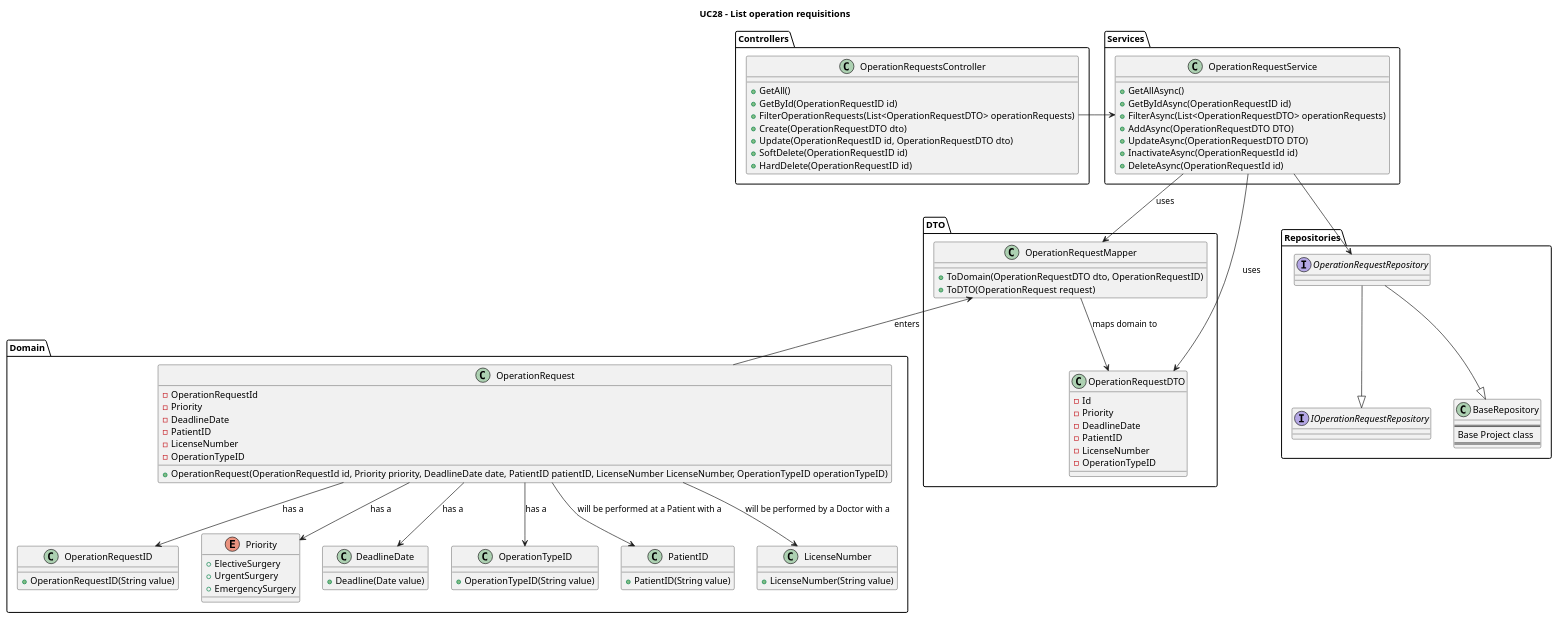
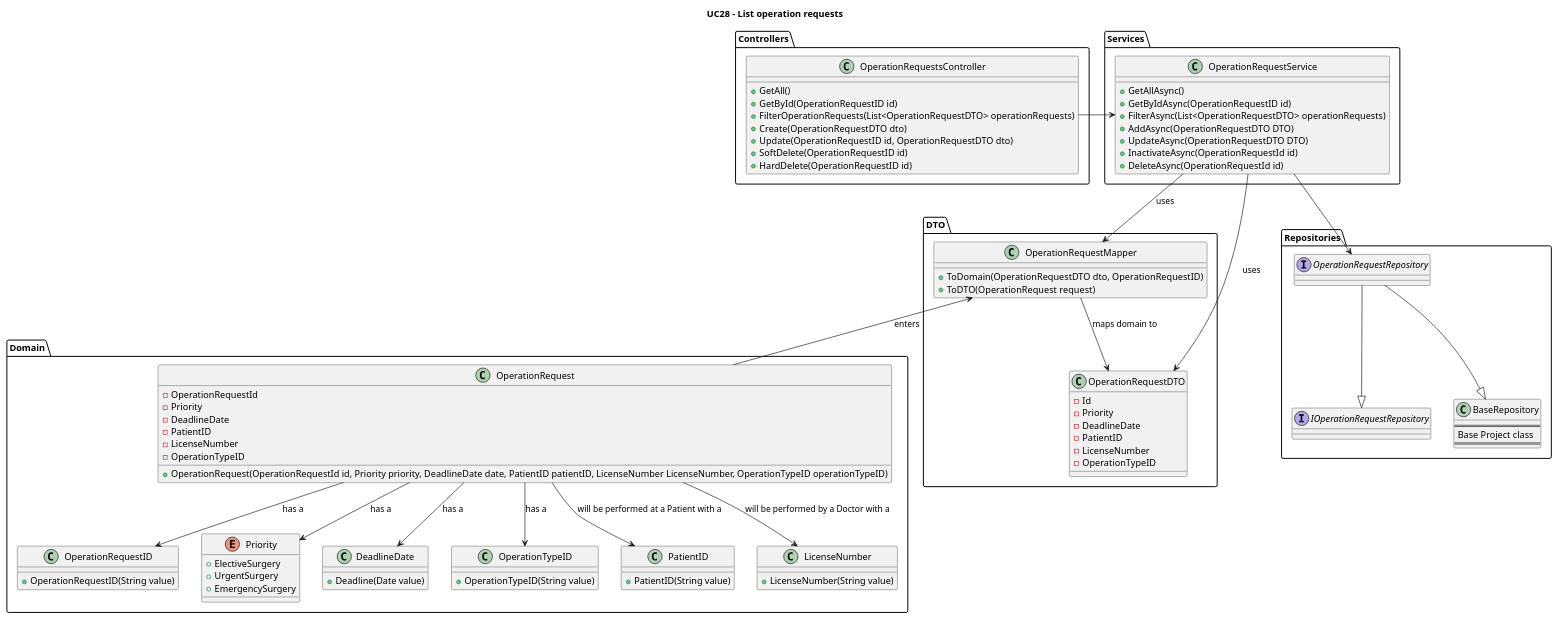
The diagram in Wiki/SprintA/diagrams/use-cases/28-list-operation-requisitions/class-diagram.puml (MiguelCardoso77/SurgicalSync-BackEnd), drawn with PlantUML before and after one commit. The commit also changed 8 other files, not shown here.

```diff
--- a/Wiki/SprintA/diagrams/use-cases/28-list-operation-requisitions/class-diagram.puml
+++ b/Wiki/SprintA/diagrams/use-cases/28-list-operation-requisitions/class-diagram.puml
@@ -1,123 +1,123 @@
 @startuml
 
-Title "UC28 - List operation requisitions"
+Title "UC28 - List operation requests"
 
 package "Domain"{
 
 class OperationRequest{
     - OperationRequestId
     - Priority
     - DeadlineDate
     - PatientID
     - LicenseNumber
     - OperationTypeID
     + OperationRequest(OperationRequestId id, Priority priority, DeadlineDate date, PatientID patientID, LicenseNumber LicenseNumber, OperationTypeID operationTypeID)
 }
 
 class OperationRequestID{
     + OperationRequestID(String value)
 }
 
 Enum Priority{
     + ElectiveSurgery
     + UrgentSurgery
     + EmergencySurgery
 }
 
 class DeadlineDate{
     + Deadline(Date value)
 }
 
 class OperationTypeID{
     + OperationTypeID(String value)
 }
 
 class PatientID{
     + PatientID(String value)
 }
 
 class LicenseNumber{
     + LicenseNumber(String value)
 }
 
 }
 
 package "DTO"{
 
 class OperationRequestDTO{
     - Id
     - Priority
     - DeadlineDate
     - PatientID
     - LicenseNumber
     - OperationTypeID
 }
 
 class OperationRequestMapper{
     + ToDomain(OperationRequestDTO dto, OperationRequestID)
     + ToDTO(OperationRequest request)
 }
 }
 
 package "Controllers"{
 
 class OperationRequestsController{
     + GetAll()
     + GetById(OperationRequestID id)
     + FilterOperationRequests(List<OperationRequestDTO> operationRequests)
     + Create(OperationRequestDTO dto)
     + Update(OperationRequestID id, OperationRequestDTO dto)
     + SoftDelete(OperationRequestID id)
     + HardDelete(OperationRequestID id)
 }
 
 }
 
 package "Services"{
     class OperationRequestService{
         + GetAllAsync()
         + GetByIdAsync(OperationRequestID id)
         + FilterAsync(List<OperationRequestDTO> operationRequests)
         + AddAsync(OperationRequestDTO DTO)
         + UpdateAsync(OperationRequestDTO DTO)
         + InactivateAsync(OperationRequestId id)
         + DeleteAsync(OperationRequestId id)
     }
 }
 
 package "Repositories"{
 
 interface IOperationRequestRepository{
 }
 
 interface OperationRequestRepository{
 }
 
 class BaseRepository{
 ====
 Base Project class
 ====
 }
 
 }
 
 OperationRequestsController -> OperationRequestService
 OperationRequestService --> OperationRequestMapper : uses
 OperationRequestService --> OperationRequestDTO : uses
 
 OperationRequestMapper --> OperationRequestDTO : maps domain to
 OperationRequestMapper <-- OperationRequest : enters
 
 OperationRequest --> OperationRequestID : has a
 OperationRequest --> Priority : has a
 OperationRequest --> DeadlineDate : has a
 OperationRequest --> PatientID : will be performed at a Patient with a 
 OperationRequest --> LicenseNumber : will be performed by a Doctor with a
 OperationRequest --> OperationTypeID : has a
 
 OperationRequestService --> OperationRequestRepository
 
 OperationRequestRepository --|> BaseRepository
 OperationRequestRepository --|> IOperationRequestRepository
 
 @enduml
```
